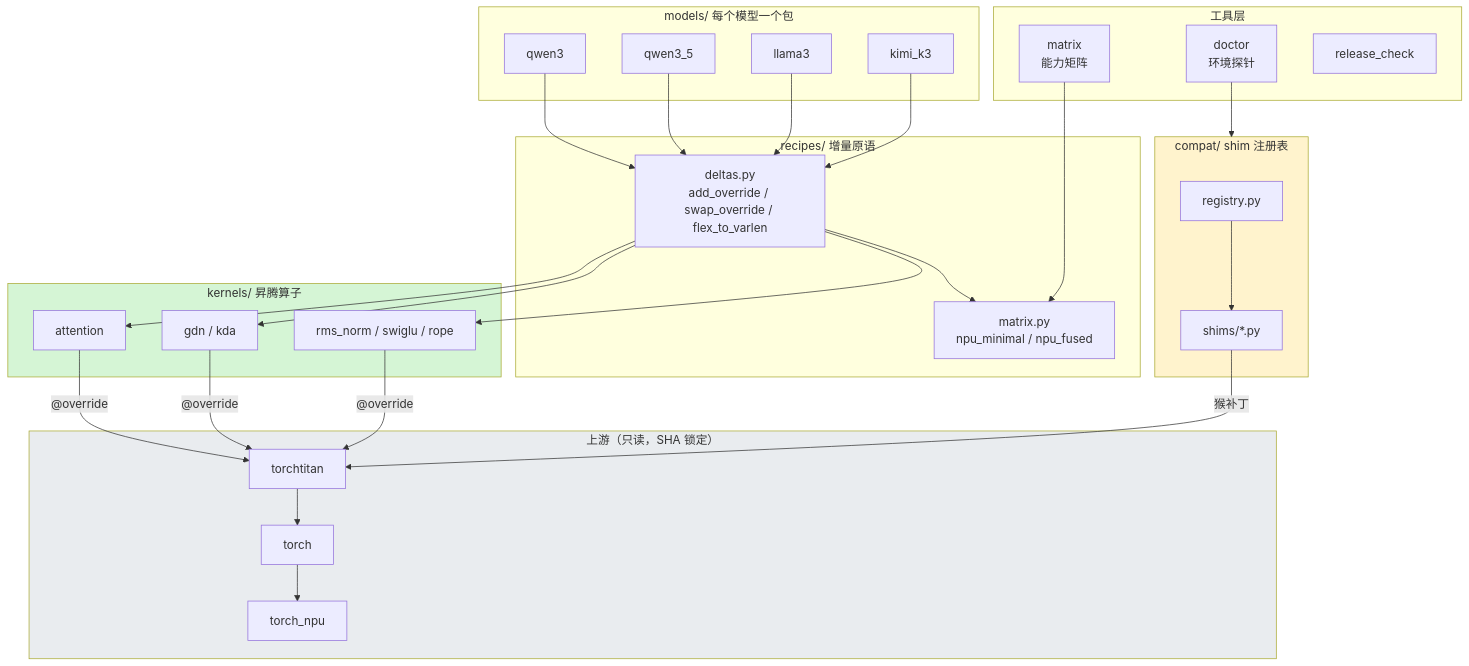
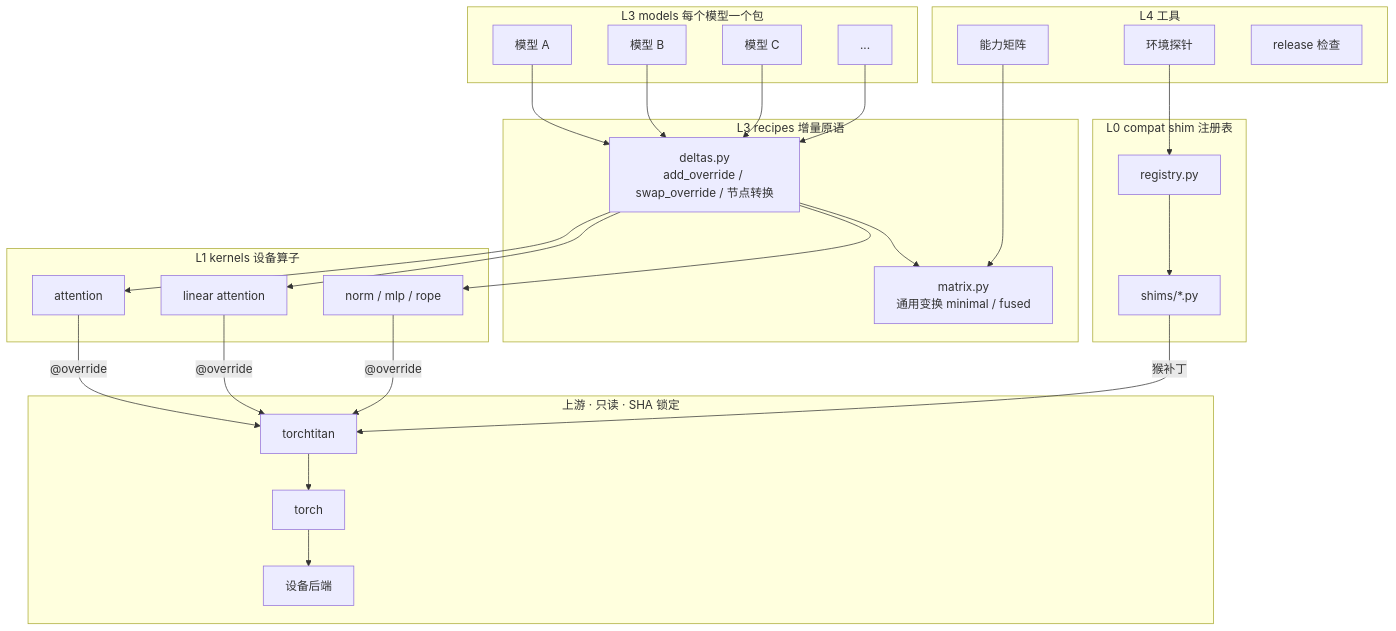
One commit to JavaZeroo/ascend-torchtitan changed the third of 15 diagrams in docs/design/shim-and-override.md. Above: the diagram before and after it, drawn with Mermaid. The commit also changed other lines of this file and 1 other file, not shown here.

````diff
--- a/docs/design/shim-and-override.md
+++ b/docs/design/shim-and-override.md
@@ -107,46 +88,50 @@
 ```mermaid
 graph TD
-    subgraph L4["工具层"]
-        T1["doctor<br/>环境探针"]
-        T2["matrix<br/>能力矩阵"]
-        T3["release_check"]
+    subgraph L4["L4 工具"]
+        T1["环境探针"]
+        T2["能力矩阵"]
+        T3["release 检查"]
     end
-    subgraph L3["models/ 每个模型一个包"]
-        M1["qwen3"]
-        M2["qwen3_5"]
-        M3["llama3"]
-        M4["kimi_k3"]
+    subgraph L3M["L3 models 每个模型一个包"]
+        M1["模型 A"]
+        M2["模型 B"]
+        M3["模型 C"]
+        M4["..."]
     end
-    subgraph L2["recipes/ 增量原语"]
-        R1["deltas.py<br/>add_override / swap_override / flex_to_varlen"]
-        R2["matrix.py<br/>npu_minimal / npu_fused"]
+    subgraph L3R["L3 recipes 增量原语"]
+        R1["deltas.py<br/>add_override / swap_override / 节点转换"]
+        R2["matrix.py<br/>通用变换 minimal / fused"]
     end
-    subgraph L1["kernels/ 昇腾算子"]
+    subgraph L1["L1 kernels 设备算子"]
         K1["attention"]
-        K2["gdn / kda"]
-        K3["rms_norm / swiglu / rope"]
+        K2["linear attention"]
+        K3["norm / mlp / rope"]
     end
-    subgraph L0["compat/ shim 注册表"]
+    subgraph L0["L0 compat shim 注册表"]
         S1["registry.py"]
         S2["shims/*.py"]
     end
-    subgraph UP["上游（只读，SHA 锁定）"]
+    subgraph UP["上游 · 只读 · SHA 锁定"]
         U1["torchtitan"]
         U2["torch"]
-        U3["torch_npu"]
+        U3["设备后端"]
     end
 
-    M1 & M2 & M3 & M4 --> R1
+    M1 --> R1
+    M2 --> R1
+    M3 --> R1
+    M4 --> R1
     R1 --> R2
-    R1 --> K1 & K2 & K3
-    K1 & K2 & K3 -->|"@override"| U1
+    R1 --> K1
+    R1 --> K2
+    R1 --> K3
+    K1 -->|"@override"| U1
+    K2 -->|"@override"| U1
+    K3 -->|"@override"| U1
+    S1 --> S2
     S2 -->|"猴补丁"| U1
-    S1 --> S2
     T2 --> R2
-    T1 --> L0
-    U1 --> U2 --> U3
-
-    style L0 fill:#fff3cd
-    style L1 fill:#d5f5d5
-    style UP fill:#e9ecef
+    T1 --> S1
+    U1 --> U2
+    U2 --> U3
 ```
````
